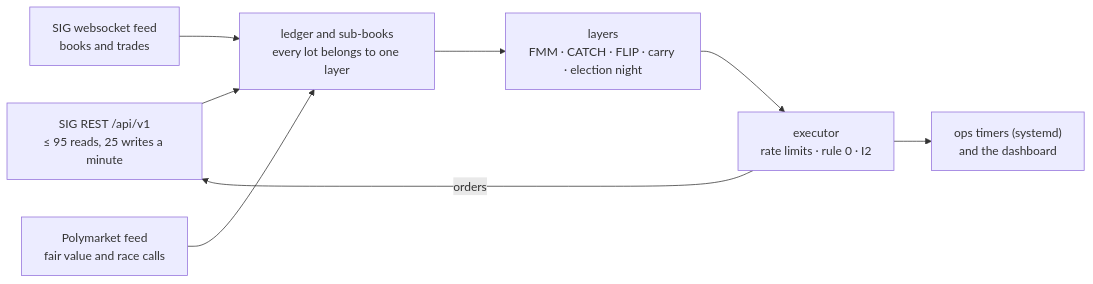
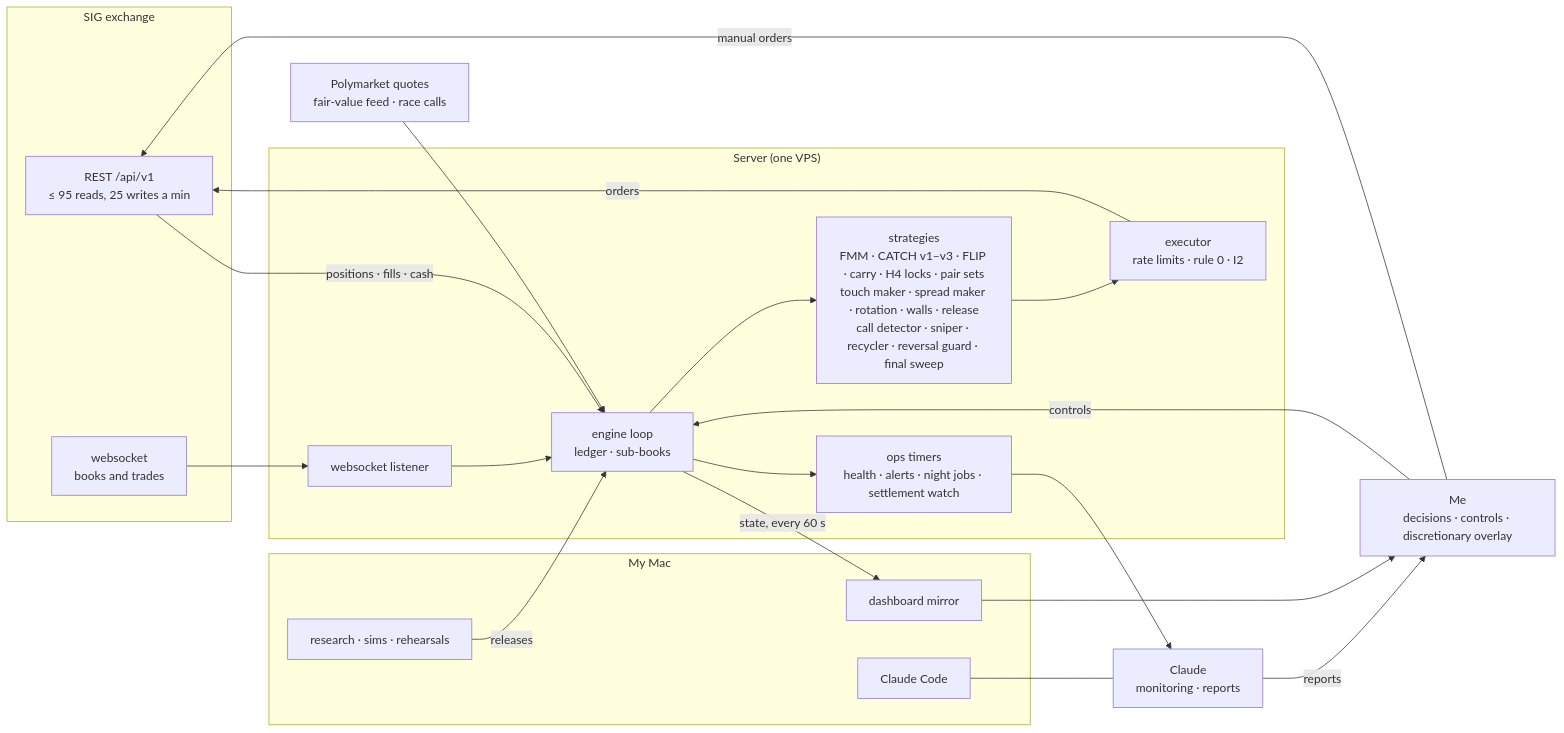
One commit to pieropls/PredictionsCup26 changed the diagram in README.md. Above: the diagram before and after it, drawn with Mermaid. The commit also changed other lines of this file and 5 other files, not shown here.

First line of the commit message:
README v3: journey, system, strategies, election night, takeaways

````diff
--- a/README.md
+++ b/README.md
@@ -17,10 +41,35 @@
 ```mermaid
 flowchart LR
-    A["SIG REST /api/v1<br/>≤ 95 reads, 25 writes a minute"] --> L
-    B["SIG websocket feed<br/>books and trades"] --> L
-    C["Polymarket feed<br/>fair value and race calls"] --> L
-    L["ledger and sub-books<br/>every lot belongs to one layer"] --> S["layers<br/>FMM · CATCH · FLIP · carry · election night"]
-    S --> X["executor<br/>rate limits · rule 0 · I2"]
-    X -->|orders| A
-    X --> O["ops timers (systemd)<br/>and the dashboard"]
+    subgraph SIG["SIG exchange"]
+        REST["REST /api/v1<br/>≤ 95 reads, 25 writes a min"]
+        WSS["websocket<br/>books and trades"]
+    end
+    PM["Polymarket quotes<br/>fair-value feed · race calls"]
+    subgraph SRV["Server (one VPS)"]
+        LIS["websocket listener"]
+        ENG["engine loop<br/>ledger · sub-books"]
+        STR["strategies<br/>FMM · CATCH v1–v3 · FLIP · carry · H4 locks · pair sets<br/>touch maker · spread maker · rotation · walls · release<br/>call detector · sniper · recycler · reversal guard · final sweep"]
+        EXE["executor<br/>rate limits · rule 0 · I2"]
+        OPS["ops timers<br/>health · alerts · night jobs · settlement watch"]
+    end
+    subgraph MAC["My Mac"]
+        MIR["dashboard mirror"]
+        RES["research · sims · rehearsals"]
+        CC["Claude Code"]
+    end
+    CL["Claude<br/>monitoring · reports"]
+    ME["Me<br/>decisions · controls · discretionary overlay"]
+    WSS --> LIS --> ENG
+    REST -->|"positions · fills · cash"| ENG
+    PM --> ENG
+    ENG --> STR --> EXE -->|orders| REST
+    ENG --> OPS
+    ENG -->|"state, every 60 s"| MIR
+    RES -->|releases| ENG
+    CC --- CL
+    OPS --> CL
+    CL -->|reports| ME
+    MIR --> ME
+    ME -->|controls| ENG
+    ME -->|"manual orders"| REST
 ```
````
